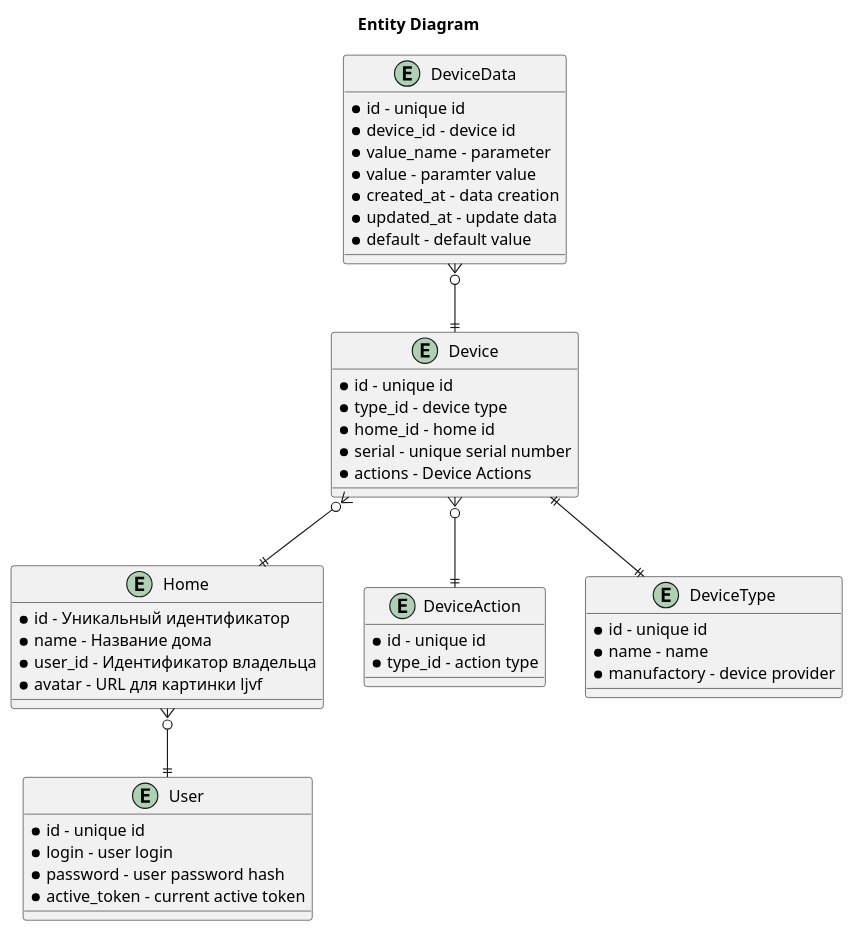
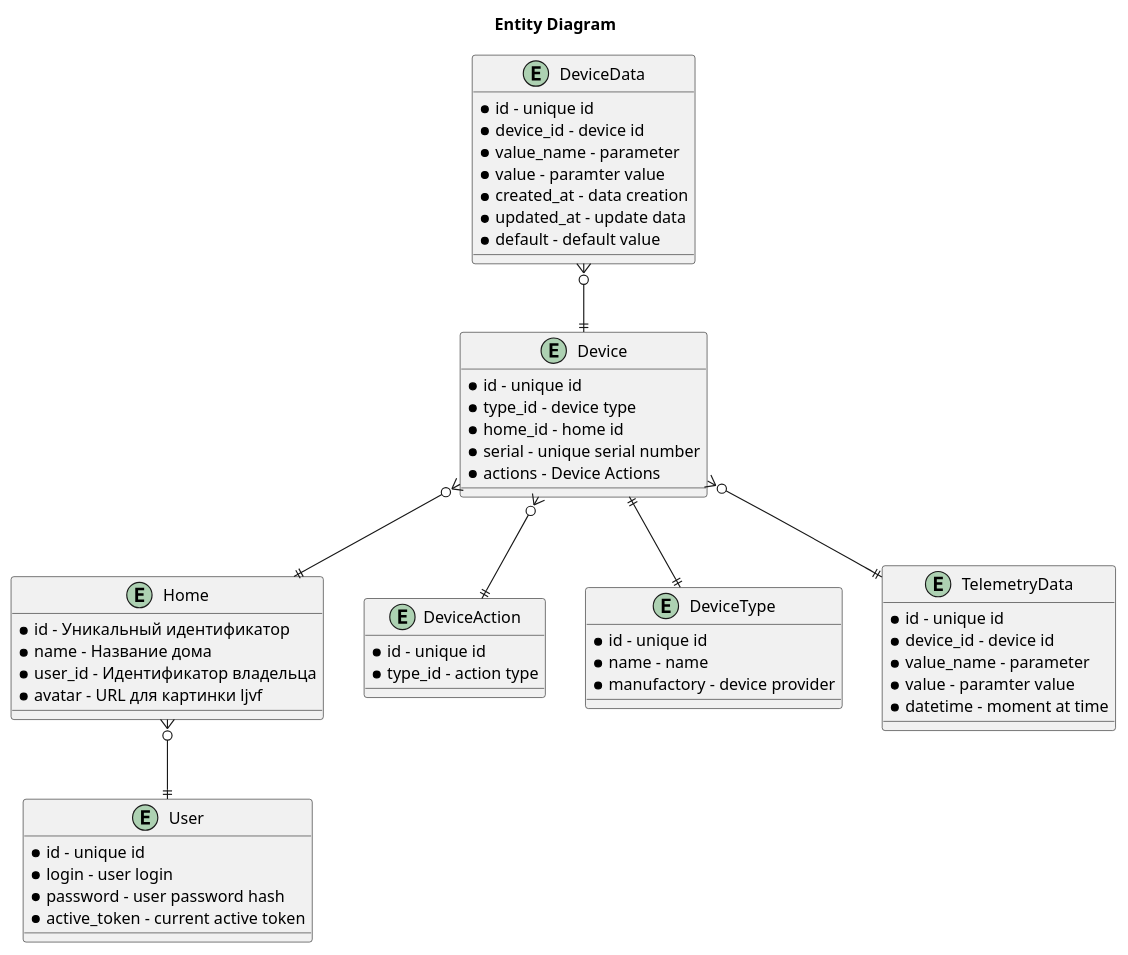
One commit to Kursor-nn/architecture-sprint-3 changed the diagram in docs/task_1.3_er.puml. Above: the diagram before and after it, drawn with PlantUML. The commit also changed 7 other files, not shown here.

```diff
--- a/docs/task_1.3_er.puml
+++ b/docs/task_1.3_er.puml
@@ -1,54 +1,63 @@
 @startuml
 
 title Entity Diagram
 
 entity User {
     * id - unique id
     * login - user login
     * password - user password hash
     * active_token - current active token
 }
 
 entity Home {
     * id - Уникальный идентификатор
     * name - Название дома
     * user_id - Идентификатор владельца
     * avatar - URL для картинки ljvf
 }
 
 entity DeviceAction {
     * id - unique id
     * type_id - action type
 }
 
 entity Device {
     * id - unique id
     * type_id - device type
     * home_id - home id
     * serial - unique serial number
     * actions - Device Actions
 }
 
 entity "DeviceType" {
     * id - unique id
     * name - name
     * manufactory - device provider
 }
 
 entity DeviceData {
     * id - unique id
     * device_id - device id
     * value_name - parameter
     * value - paramter value
     * created_at - data creation
     * updated_at - update data
     * default - default value
 }
 
+entity TelemetryData {
+    * id - unique id
+    * device_id - device id
+    * value_name - parameter
+    * value - paramter value
+    * datetime - moment at time
+}
+
 Home }o--|| User
 Device }o--|| Home
 Device ||--|| "DeviceType"
 "DeviceData" }o--|| Device
 "Device" }o--|| DeviceAction
+"Device" }o--|| TelemetryData
 
 @enduml
```
